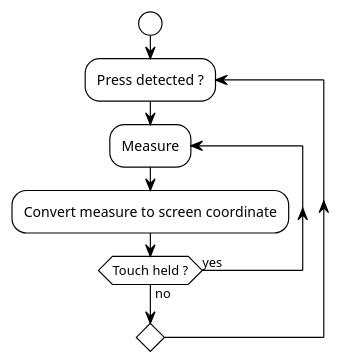
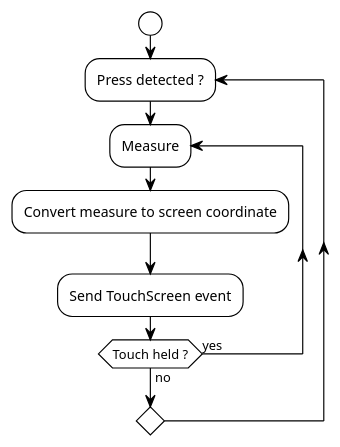
Before and after one commit to SamyFrancelet/PongBoy: the diagram in 0200_Research/0201_Diagrams/Presentation_diagrams/touchscreen.puml, drawn with PlantUML. The commit also changed 9 other files, not shown here.

```diff
--- a/0200_Research/0201_Diagrams/Presentation_diagrams/touchscreen.puml
+++ b/0200_Research/0201_Diagrams/Presentation_diagrams/touchscreen.puml
@@ -1,12 +1,13 @@
 @startuml touchscreen
 
 !theme plain
 
 start
 repeat :Press detected ?;
     repeat :Measure;
     :Convert measure to screen coordinate;
+	:Send TouchScreen event;
     repeat while (Touch held ?) is (yes) not (no)
 repeat while ()
 
 @enduml
```
